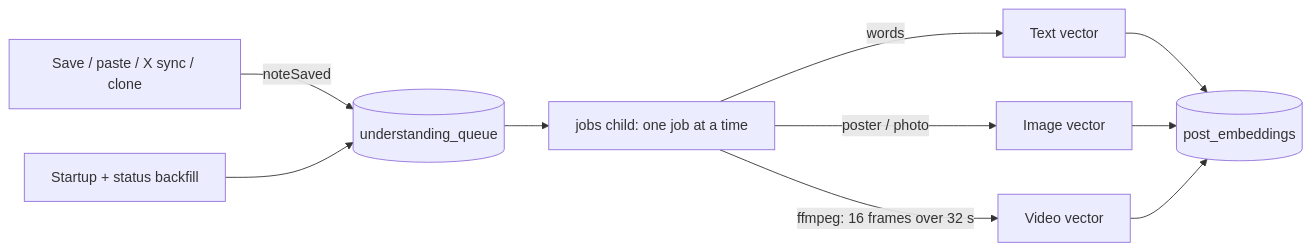
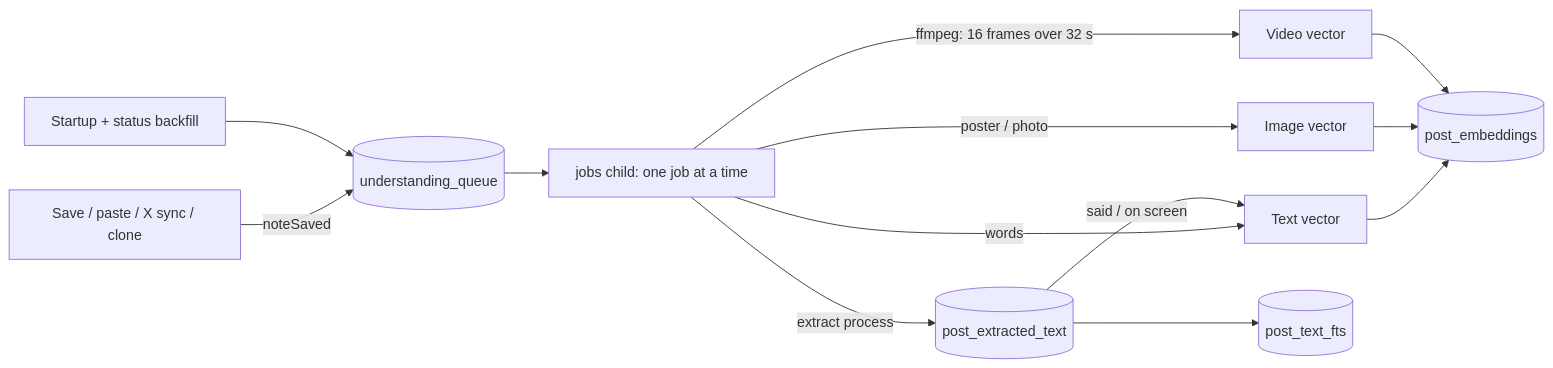
Before and after one commit to itsmemeworks/adhx: the fifth of 6 diagrams in ARCHITECTURE.md, drawn with Mermaid. The commit also changed other lines of this file and 60 other files, not shown here.

First line of the commit message:
feat: search what's said in videos and the text on screen

````diff
--- a/ARCHITECTURE.md
+++ b/ARCHITECTURE.md
@@ -376,12 +379,15 @@
 ```mermaid
 flowchart LR
   S[Save / paste / X sync / clone] -->|noteSaved| Q[(understanding_queue)]
   B[Startup + status backfill] --> Q
   Q --> W[jobs child: one job at a time]
   W -->|words| T[Text vector]
   W -->|poster / photo| I[Image vector]
   W -->|ffmpeg: 16 frames over 32 s| V[Video vector]
+  W -->|extract process| X[(post_extracted_text)]
+  X -->|said / on screen| T
+  X --> K[(post_text_fts)]
   T --> E[(post_embeddings)]
   I --> E
   V --> E
 ```
````
